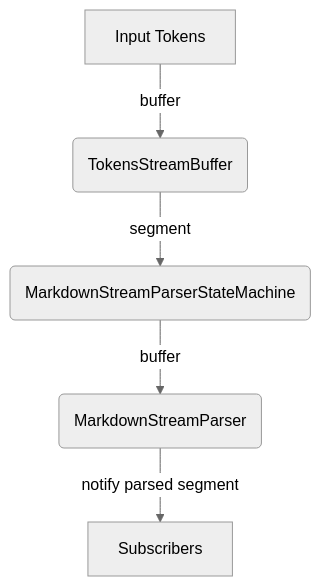
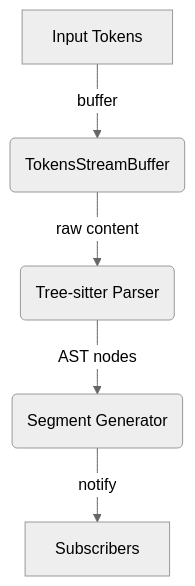
The second of 2 diagrams in README.md (fructusmortus/markdown-stream-parser), drawn with Mermaid (neutral theme) before and after one commit. The commit also changed other lines of this file, not shown here.

````diff
--- a/README.md
+++ b/README.md
@@ -401,7 +340,7 @@
 ```mermaid
 flowchart TD
     A[Input Tokens] -->|buffer| B(TokensStreamBuffer)
-    B -->|segment| C(MarkdownStreamParserStateMachine)
-    C -->|buffer| D(MarkdownStreamParser)
-    D -->|notify parsed segment| E[Subscribers]
+    B -->|raw content| C(Tree-sitter Parser)
+    C -->|AST nodes| D(Segment Generator)
+    D -->|notify| E[Subscribers]
 ```
````
